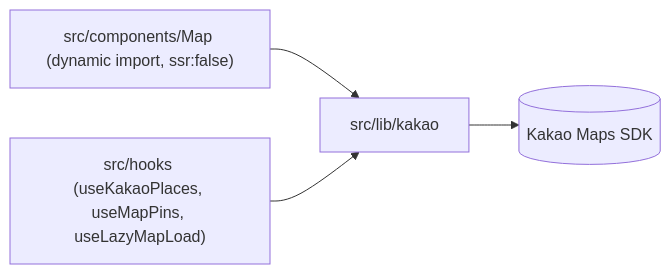
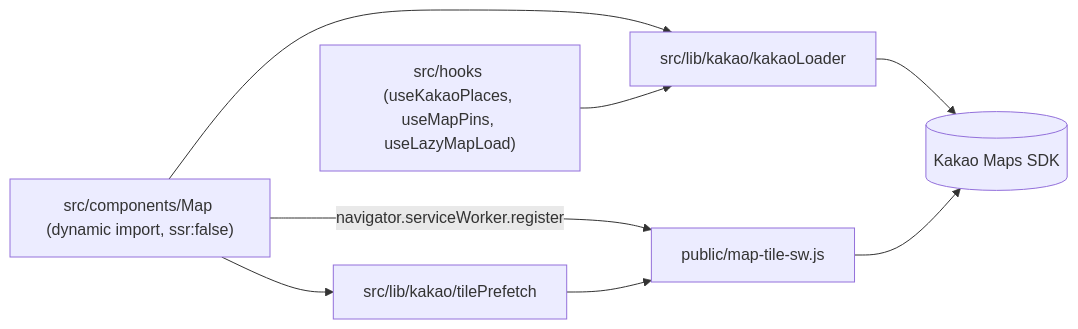
Before and after one commit to peakda/peakda-front: the third of 3 diagrams in ARCHITECTURE.md, drawn with Mermaid. The commit also changed other lines of this file and 7 other files, not shown here.

````diff
--- a/ARCHITECTURE.md
+++ b/ARCHITECTURE.md
@@ -51,5 +51,8 @@
 ```mermaid
 flowchart LR
-  MapUI["src/components/Map (dynamic import, ssr:false)"] --> KakaoLib["src/lib/kakao"] --> SDK[("Kakao Maps SDK")]
-  Hooks["src/hooks (useKakaoPlaces, useMapPins, useLazyMapLoad)"] --> KakaoLib
+  MapUI["src/components/Map (dynamic import, ssr:false)"] --> Loader["src/lib/kakao/kakaoLoader"] --> SDK[("Kakao Maps SDK")]
+  Hooks["src/hooks (useKakaoPlaces, useMapPins, useLazyMapLoad)"] --> Loader
+  MapUI --> Prefetch["src/lib/kakao/tilePrefetch"]
+  MapUI -->|"navigator.serviceWorker.register"| SW["public/map-tile-sw.js"]
+  Prefetch --> SW --> SDK
 ```
````
